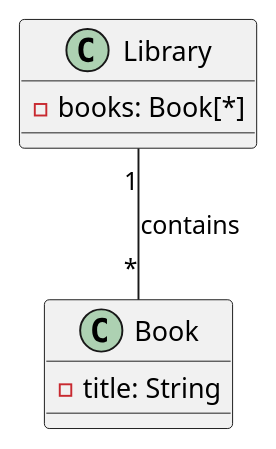
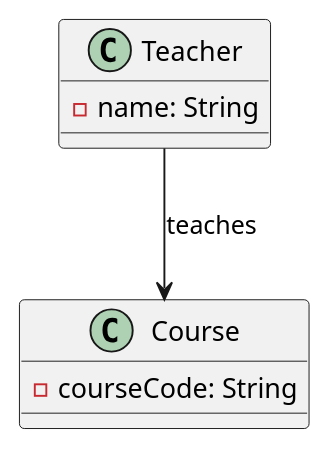
The first of 9 diagrams in relationships/UML_Relationships_Tutorial.md (andikatjacobdennis/UML), drawn with PlantUML before and after one commit. The commit also changed other lines of this file, not shown here.

````diff
--- a/relationships/UML_Relationships_Tutorial.md
+++ b/relationships/UML_Relationships_Tutorial.md
@@ -15,11 +28,11 @@
 ```plantuml
 @startuml
-class Library {
-  -books: Book[*]
+class Teacher {
+  -name: String
 }
-class Book {
-  -title: String
+class Course {
+  -courseCode: String
 }
-Library "1" -- "*" Book : contains
+Teacher --> Course : teaches
 @enduml
 ```
````
